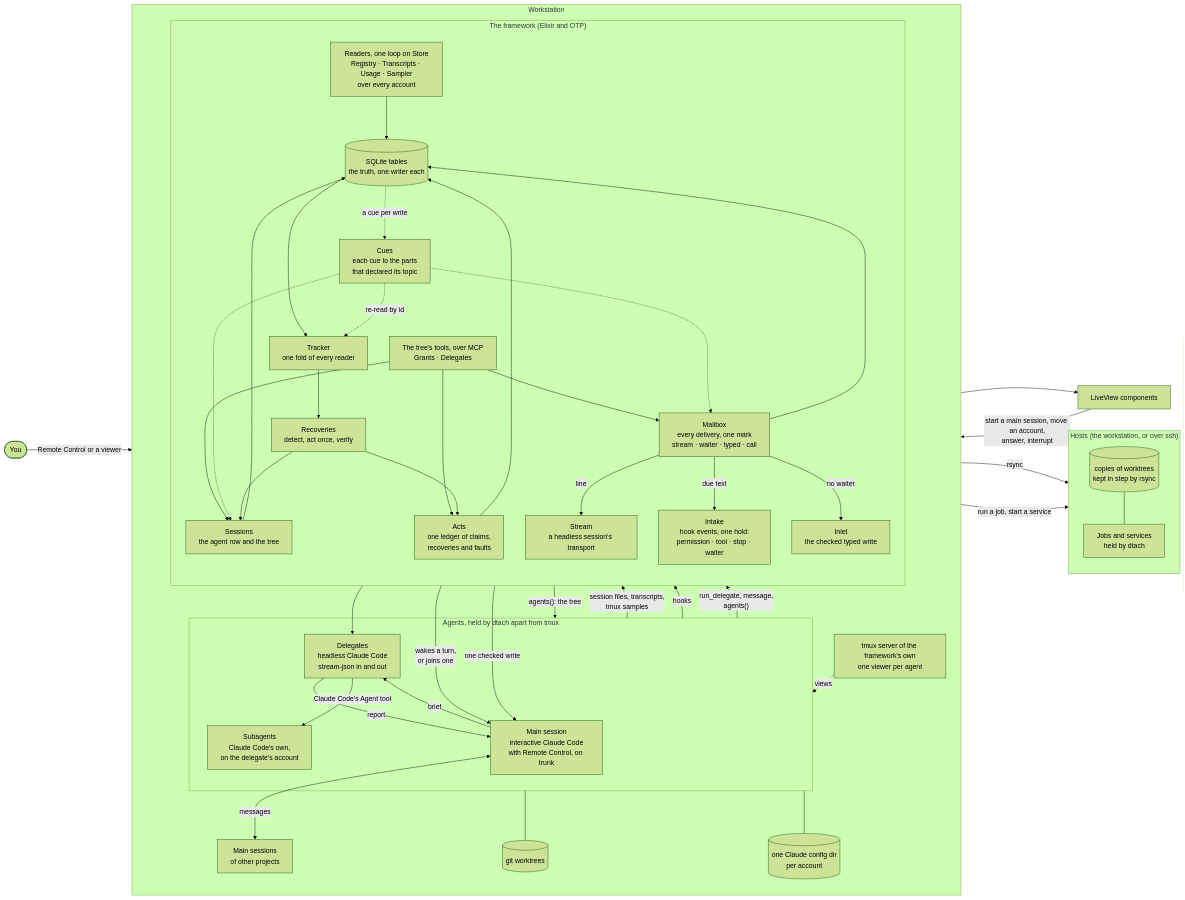
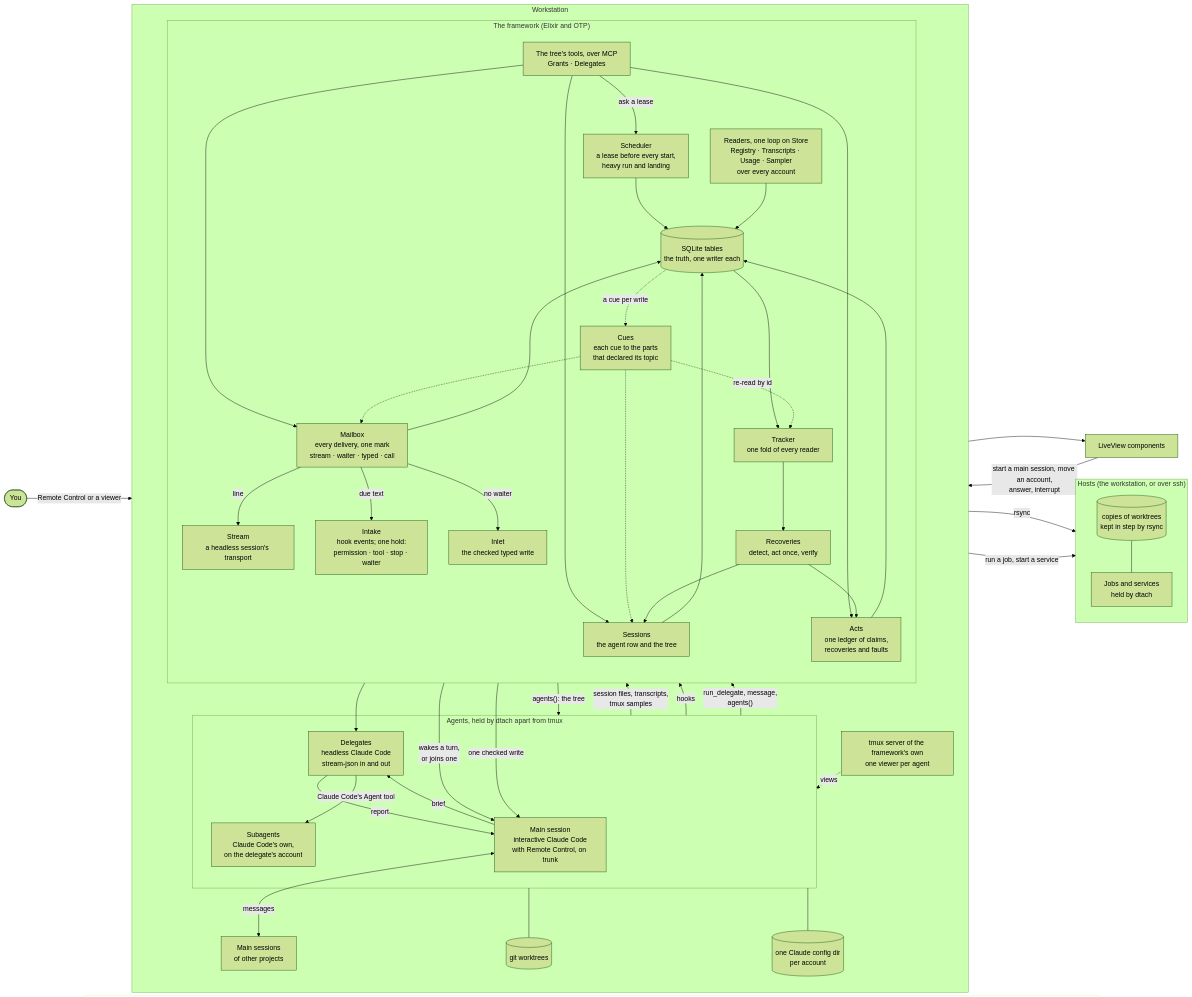
The first of 2 diagrams in README.md (SushyDev/coding_agent_framework), drawn with Mermaid (forest theme) before and after one commit. The commit also changed other lines of this file and 19 other files, not shown here.

```diff
--- a/README.md
+++ b/README.md
@@ -57,6 +57,7 @@
       cues["Cues<br/>each cue to the parts<br/>that declared its topic"]
       tracker["Tracker<br/>one fold of every reader"]
       recoveries["Recoveries<br/>detect, act once, verify"]
+      scheduler["Scheduler<br/>a lease before every start,<br/>heavy run and landing"]
       db[("SQLite tables<br/>the truth, one writer each")]
     end
   end
@@ -86,6 +87,8 @@
   tools --> sessions
   tools --> mailbox
   tools --> acts
+  tools -->|ask a lease| scheduler
+  scheduler --> db
   mailbox -->|line| stream
   mailbox -->|due text| intake
   mailbox -->|no waiter| inlet
```
